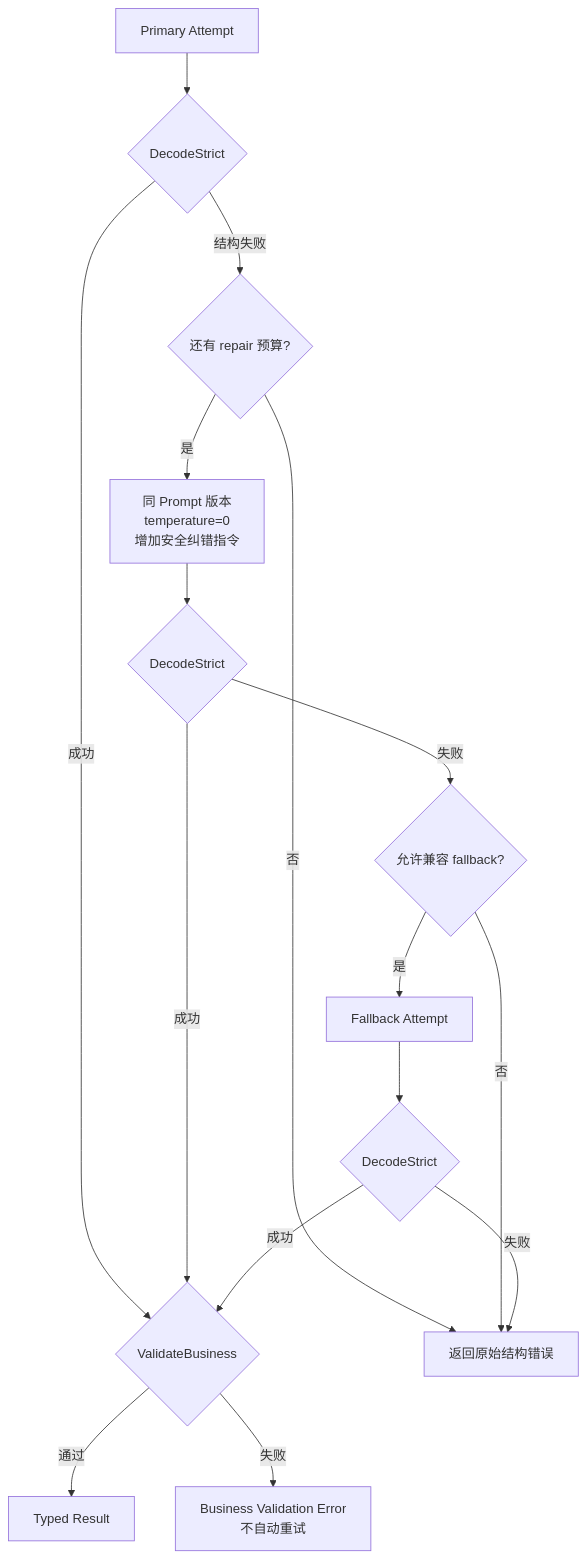
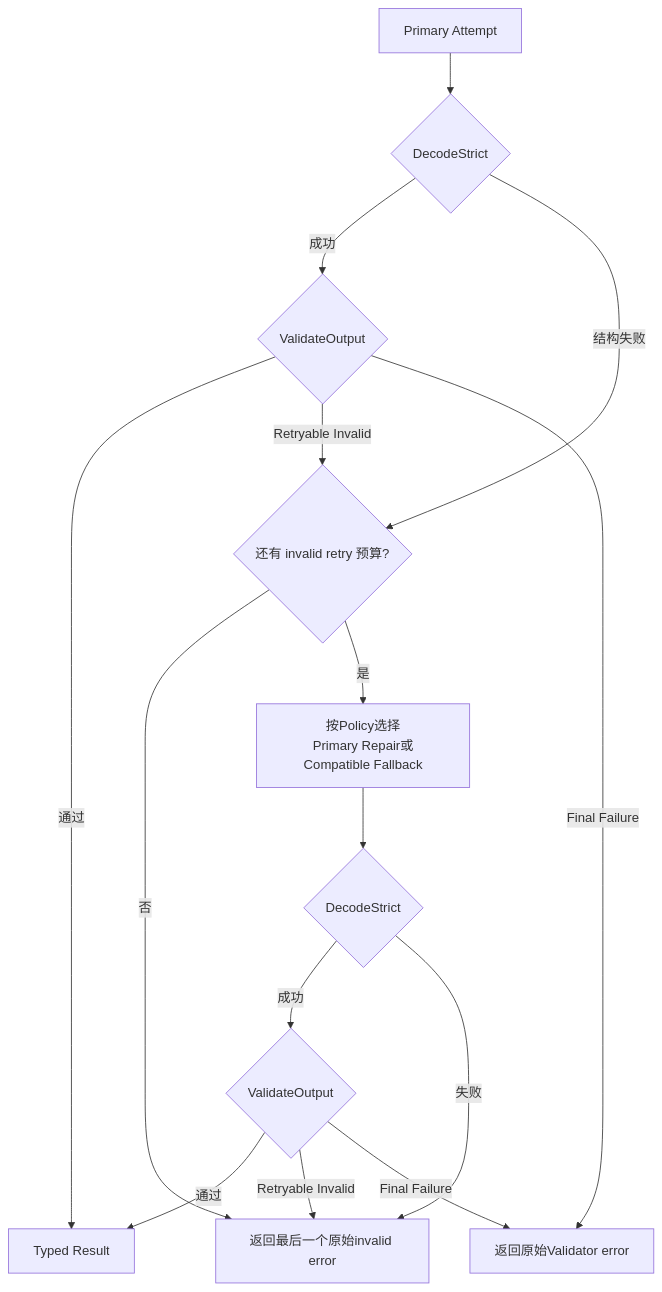
One commit to zxq97/agent changed the fourth of 4 diagrams in docs/unified-llm-harness-design.md. Above: the diagram before and after it, drawn with Mermaid. The commit also changed other lines of this file and 20 other files, not shown here.

````diff
--- a/docs/unified-llm-harness-design.md
+++ b/docs/unified-llm-harness-design.md
@@ -599,18 +966,17 @@
 ```mermaid
 flowchart TD
     CALL[Primary Attempt] --> PARSE{DecodeStrict}
-    PARSE -->|成功| BIZ{ValidateBusiness}
-    PARSE -->|结构失败| BUDGET{还有 repair 预算?}
-    BUDGET -->|否| STRUCTERR[返回原始结构错误]
-    BUDGET -->|是| REPAIR[同 Prompt 版本<br/>temperature=0<br/>增加安全纠错指令]
-    REPAIR --> PARSE2{DecodeStrict}
-    PARSE2 -->|成功| BIZ
-    PARSE2 -->|失败| FALLBACK{允许兼容 fallback?}
-    FALLBACK -->|是| ALT[Fallback Attempt]
-    FALLBACK -->|否| STRUCTERR
-    ALT --> PARSE3{DecodeStrict}
-    PARSE3 -->|失败| STRUCTERR
-    PARSE3 -->|成功| BIZ
-    BIZ -->|通过| OK[Typed Result]
-    BIZ -->|失败| BIZERR[Business Validation Error<br/>不自动重试]
+    PARSE -->|成功| OUTPUT{ValidateOutput}
+    PARSE -->|结构失败| BUDGET{还有 invalid retry 预算?}
+    OUTPUT -->|通过| OK[Typed Result]
+    OUTPUT -->|Retryable Invalid| BUDGET
+    OUTPUT -->|Final Failure| FINALERR[返回原始Validator error]
+    BUDGET -->|否| INVALIDERR[返回最后一个原始invalid error]
+    BUDGET -->|是| NEXT[按Policy选择<br/>Primary Repair或Compatible Fallback]
+    NEXT --> PARSE2{DecodeStrict}
+    PARSE2 -->|成功| OUTPUT2{ValidateOutput}
+    PARSE2 -->|失败| INVALIDERR
+    OUTPUT2 -->|通过| OK
+    OUTPUT2 -->|Retryable Invalid| INVALIDERR
+    OUTPUT2 -->|Final Failure| FINALERR
 ```
````
